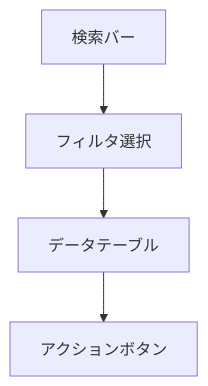
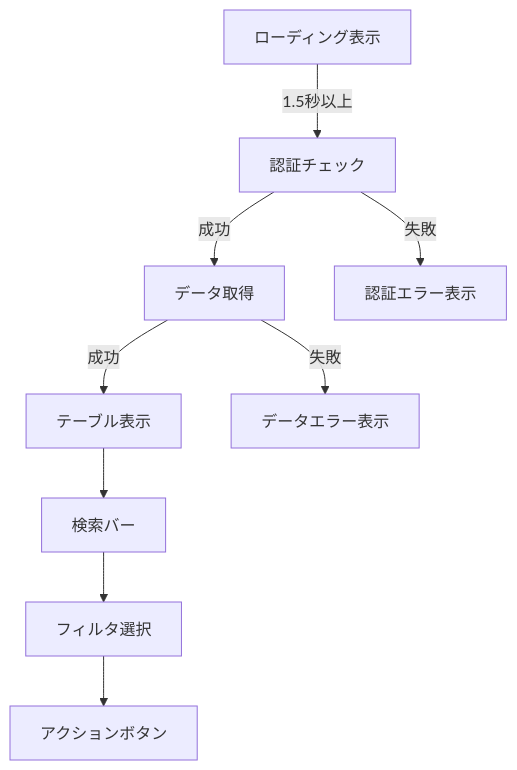
Before and after one commit to Kensan196948G/OneDriveforBusinessManagementSystem: the diagram in Doc/WebUI_仕様書_GetUserInfo.md, drawn with Mermaid. The commit also changed other lines of this file and 6 other files, not shown here.

````diff
--- a/Doc/WebUI_仕様書_GetUserInfo.md
+++ b/Doc/WebUI_仕様書_GetUserInfo.md
@@ -13,6 +15,11 @@
 ```mermaid
 graph TD
-    A[検索バー] --> B[フィルタ選択]
-    B --> C[データテーブル]
-    C --> D[アクションボタン]
+    A[ローディング表示] -->|1.5秒以上| B[認証チェック]
+    B -->|成功| C[データ取得]
+    B -->|失敗| D[認証エラー表示]
+    C -->|成功| E[テーブル表示]
+    C -->|失敗| F[データエラー表示]
+    E --> G[検索バー]
+    G --> H[フィルタ選択]
+    H --> I[アクションボタン]
 ```
````
